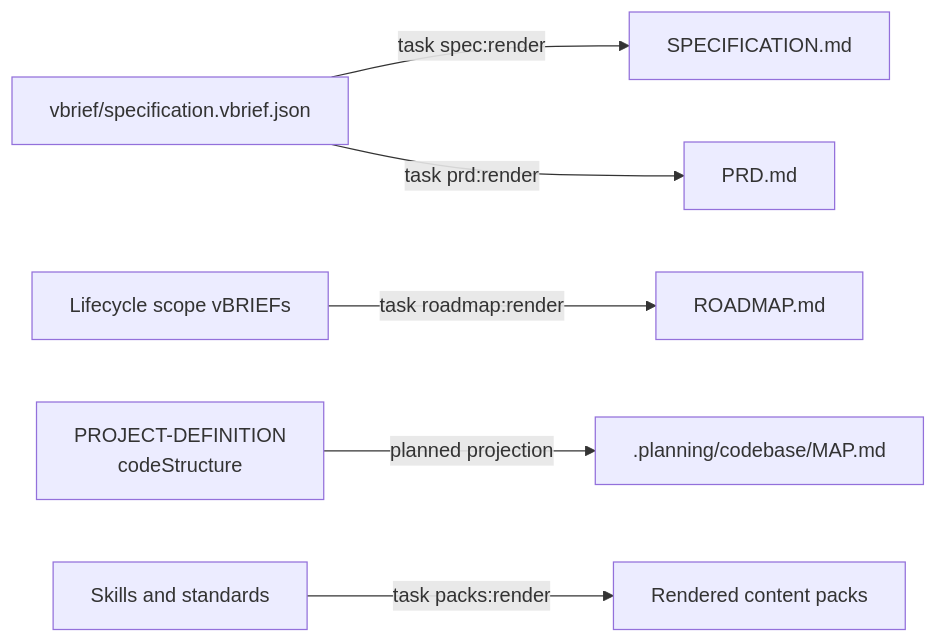
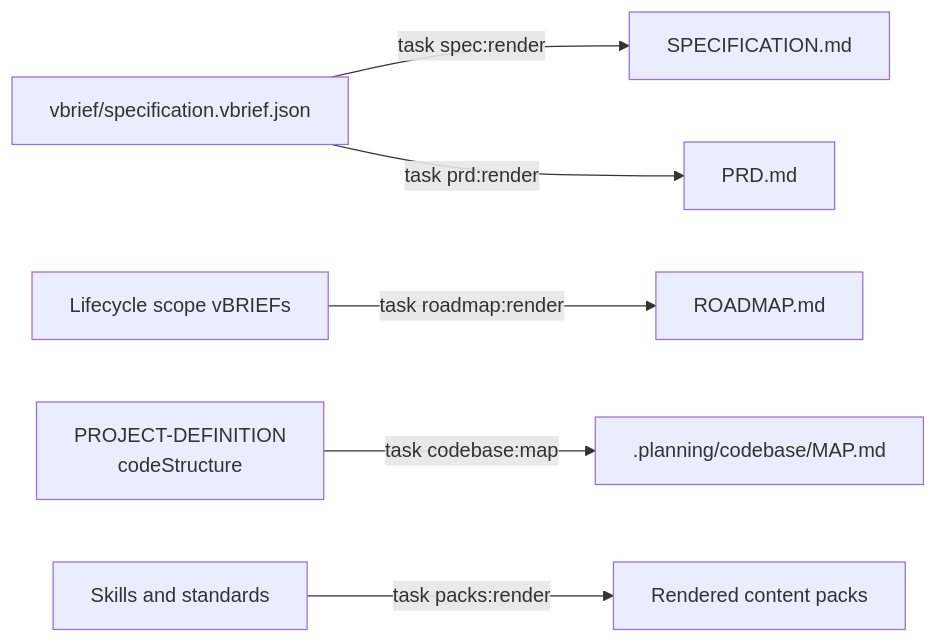
One commit to dbcall2/directive changed the third of 6 diagrams in docs/ARCHITECTURE.md. Above: the diagram before and after it, drawn with Mermaid. The commit also changed other lines of this file and 24 other files, not shown here.

Commit message:
feat(codebase): generate MAP projection

````diff
--- a/docs/ARCHITECTURE.md
+++ b/docs/ARCHITECTURE.md
@@ -79,8 +79,8 @@
 ```mermaid
 flowchart LR
     S["vbrief/specification.vbrief.json"] -->|"task spec:render"| SM["SPECIFICATION.md"]
     S -->|"task prd:render"| PRD["PRD.md"]
     L["Lifecycle scope vBRIEFs"] -->|"task roadmap:render"| RM["ROADMAP.md"]
-    P["PROJECT-DEFINITION<br/>codeStructure"] -->|"planned projection"| MAP[".planning/codebase/MAP.md"]
+    P["PROJECT-DEFINITION<br/>codeStructure"] -->|"task codebase:map"| MAP[".planning/codebase/MAP.md"]
     Skills["Skills and standards"] -->|"task packs:render"| Packs["Rendered content packs"]
 ```
````
